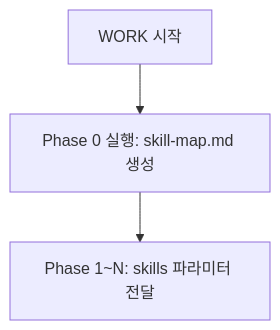
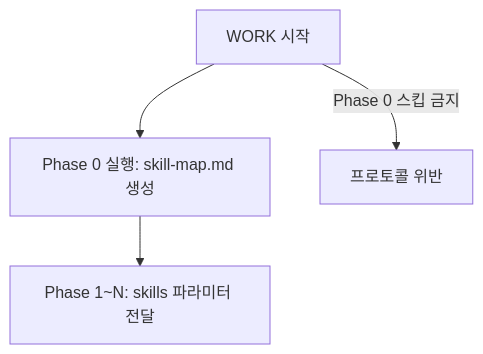
The diagram in .claude/skills/workflow-orchestration/step3-work.md (KoreanLeeChangHyun/claude-workflow), drawn with Mermaid before and after one commit. The commit also changed other lines of this file and 7 other files, not shown here.

````diff
--- a/.claude/skills/workflow-orchestration/step3-work.md
+++ b/.claude/skills/workflow-orchestration/step3-work.md
@@ -131,5 +133,6 @@
 ```mermaid
 flowchart TD
     START[WORK 시작] --> P0[Phase 0 실행: skill-map.md 생성]
     P0 --> P1[Phase 1~N: skills 파라미터 전달]
+    START --> |"Phase 0 스킵 금지"| FAIL[프로토콜 위반]
 ```
````
